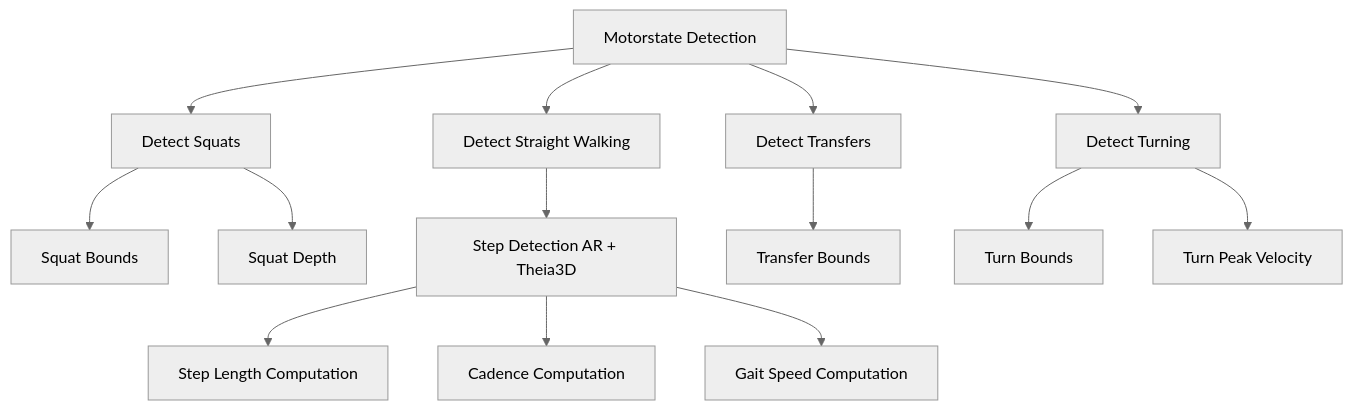
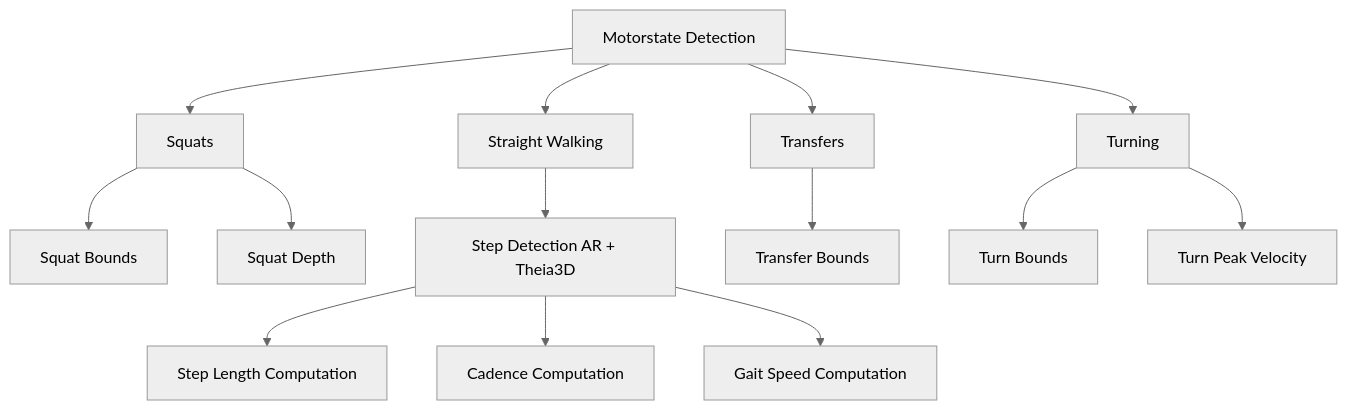
Before and after one commit to pvand/Motorstate_detection_and_metrics: the diagram in README.md, drawn with Mermaid (neutral theme).

Commit message:
Update algorithm workflow diagram labels

````diff
--- a/README.md
+++ b/README.md
@@ -11,21 +11,21 @@
 ```mermaid
 flowchart TD
-    A[Motorstate Detection] --> B[Detect Squats]
-    A --> C[Detect Straight Walking]
-    A --> D[Detect Transfers]
-    A --> E[Detect Turning]
+    A[Motorstate Detection] --> B[Squats]
+    A --> C[Straight Walking]
+    A --> D[Transfers]
+    A --> E[Turning]
     
     B --> B1[Squat Bounds]
     B --> B2[Squat Depth]
     
     C --> C0["Step Detection AR + Theia3D"]
     
     C0 --> C1[Step Length Computation]
     C0 --> C2[Cadence Computation]
     C0 --> C3[Gait Speed Computation]
     
     D --> D1[Transfer Bounds]
     
     E --> E1[Turn Bounds]
     E --> E2[Turn Peak Velocity]
 ```
````
